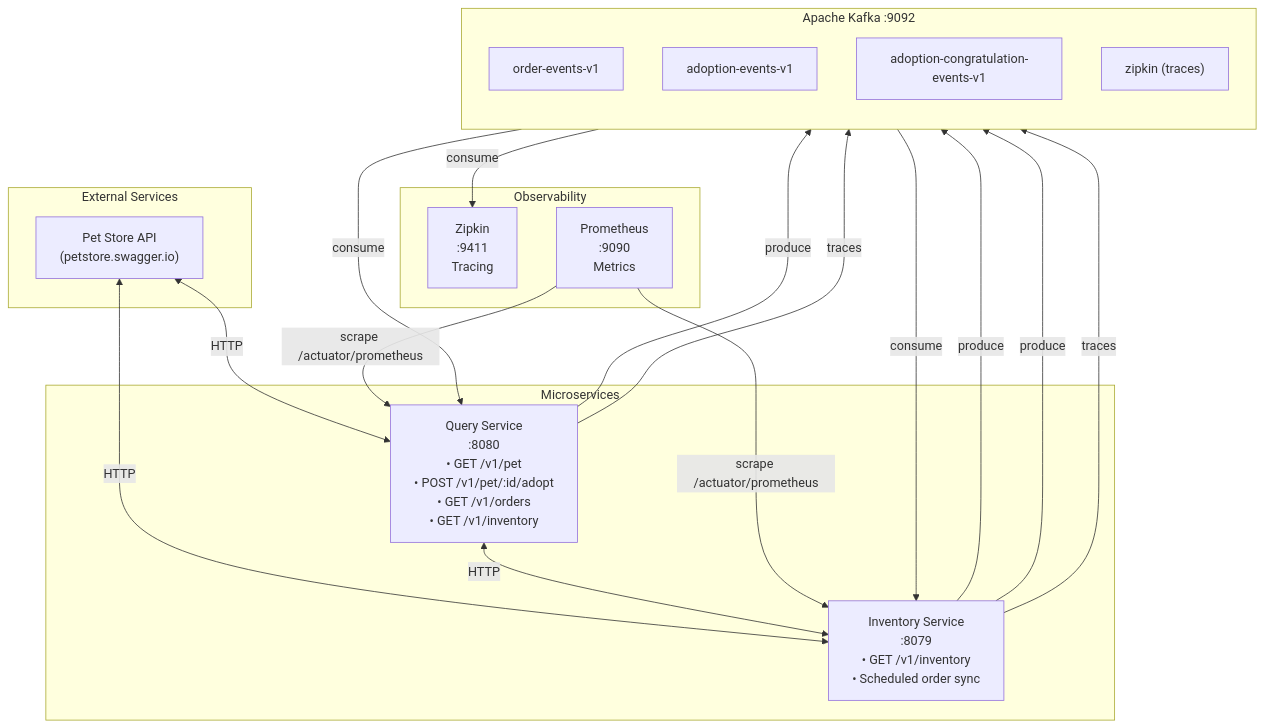
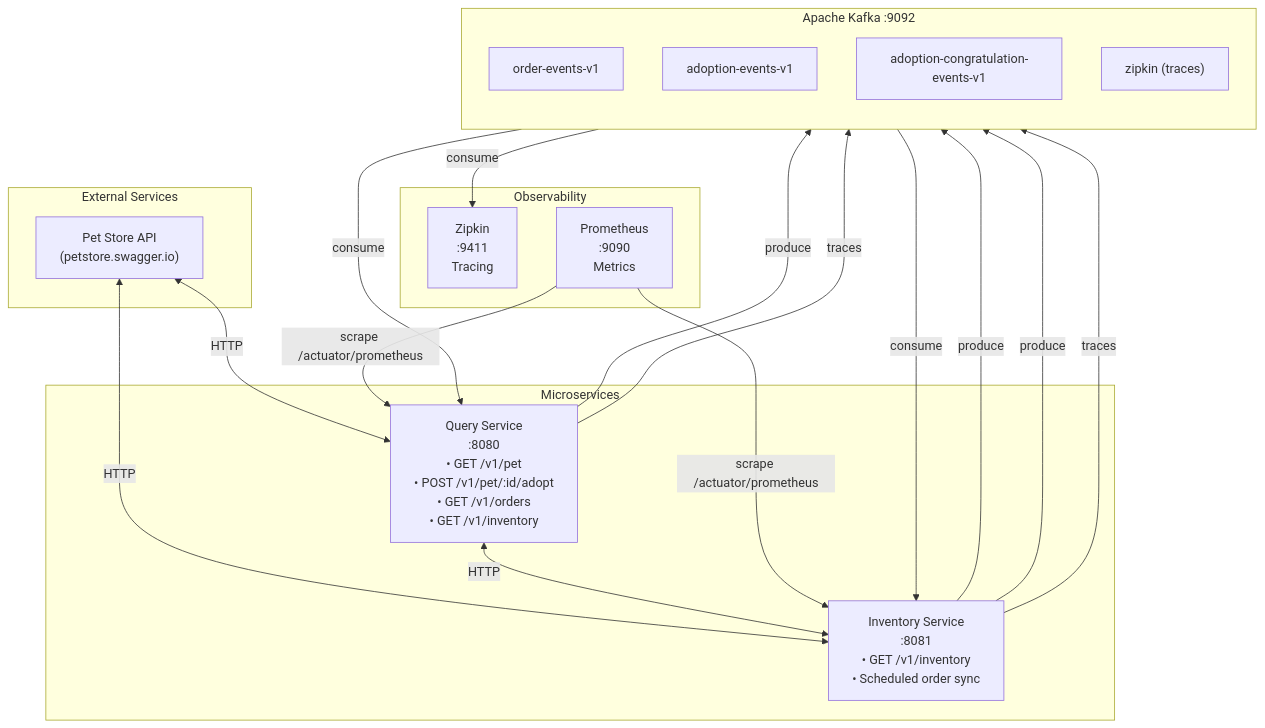
The diagram in README.md (hdmsantander/microservices-ops-demo), drawn with Mermaid before and after one commit. The commit also changed other lines of this file and 20 other files, not shown here.

````diff
--- a/README.md
+++ b/README.md
@@ -46,41 +46,41 @@
 ```mermaid
 flowchart TB
     subgraph External["External Services"]
         PetStore["Pet Store API<br/>(petstore.swagger.io)"]
     end
 
     subgraph Microservices["Microservices"]
         Query["Query Service<br/>:8080<br/>• GET /v1/pet<br/>• POST /v1/pet/:id/adopt<br/>• GET /v1/orders<br/>• GET /v1/inventory"]
-        Inventory["Inventory Service<br/>:8079<br/>• GET /v1/inventory<br/>• Scheduled order sync"]
+        Inventory["Inventory Service<br/>:8081<br/>• GET /v1/inventory<br/>• Scheduled order sync"]
     end
 
     subgraph Kafka["Apache Kafka :9092"]
         direction TB
         OE["order-events-v1"]
         AE["adoption-events-v1"]
         ACE["adoption-congratulation-events-v1"]
         ZipkinTopic["zipkin (traces)"]
     end
 
     subgraph Observability["Observability"]
         Zipkin["Zipkin<br/>:9411<br/>Tracing"]
         Prometheus["Prometheus<br/>:9090<br/>Metrics"]
     end
 
     PetStore <-->|HTTP| Query
     PetStore <-->|HTTP| Inventory
     Query <-->|HTTP| Inventory
 
     Inventory -->|produce| OE
     OE -->|consume| Query
     Query -->|produce| AE
     AE -->|consume| Inventory
     Inventory -->|produce| ACE
 
     Query -->|traces| ZipkinTopic
     Inventory -->|traces| ZipkinTopic
     ZipkinTopic -->|consume| Zipkin
 
     Prometheus -->|scrape /actuator/prometheus| Query
     Prometheus -->|scrape /actuator/prometheus| Inventory
 ```
````
